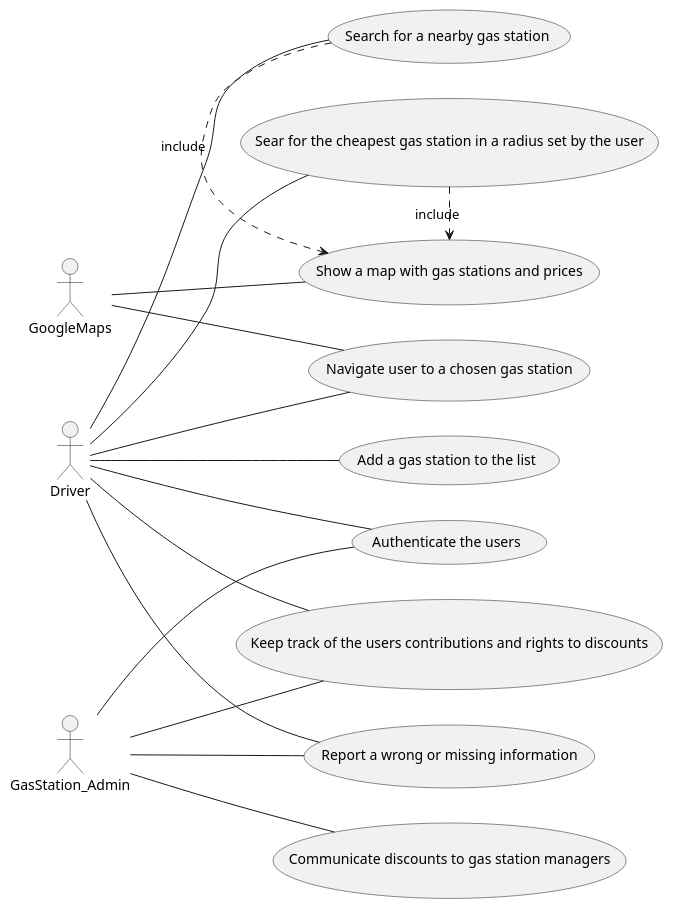
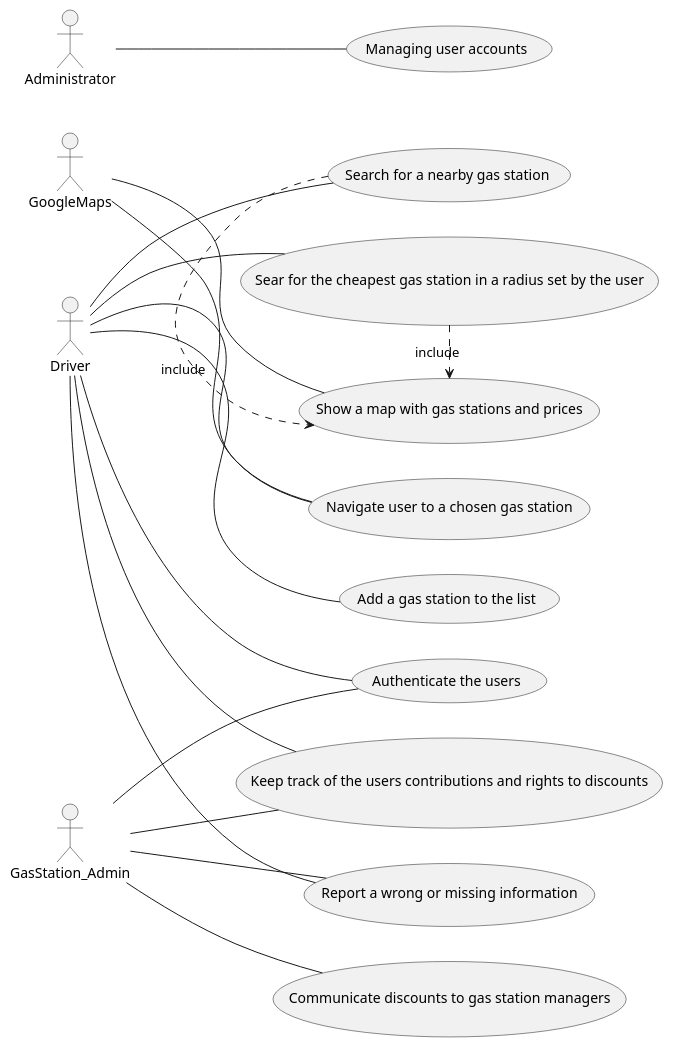
Before and after one commit to LucaOddoneSE/EZGas: the second of 4 diagrams in docs/RequirementsDocument.md, drawn with PlantUML.

Commit message:
docs : UML UCD modified

````diff
--- a/docs/RequirementsDocument.md
+++ b/docs/RequirementsDocument.md
@@ -109,39 +109,43 @@
 ```plantuml
 @startuml
 
 left to right direction
 actor Driver as d
 actor GasStation_Admin as a
 actor GoogleMaps as g
+actor Administrator as h
 
 (Search for a nearby gas station) as FR1
 (Sear for the cheapest gas station in a radius set by the user) as FR2
 (Show a map with gas stations and prices) as FR3
 (Navigate user to a chosen gas station) as FR4
 (Authenticate the users) as FR5
 (Add a gas station to the list) as FR6
 (Report a wrong or missing information) as FR7
 (Keep track of the users contributions and rights to discounts) as FR8
 (Communicate discounts to gas station managers) as FR9
+(Managing user accounts) as FR10
 
 d -- FR1
 d -- FR2
 d -- FR4
 d -- FR5
 d -- FR6
 d -- FR7
 d -- FR8
 
 FR1 .> FR3 : include
 FR2 .> FR3 : include
 
 a -- FR5
 a -- FR7
 a -- FR8
 a -- FR9
 
 g -- FR3
 g -- FR4
 
+h -- FR10
+
 @enduml
 ```
````
